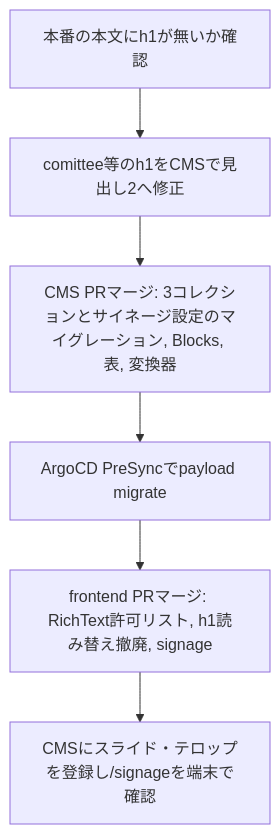
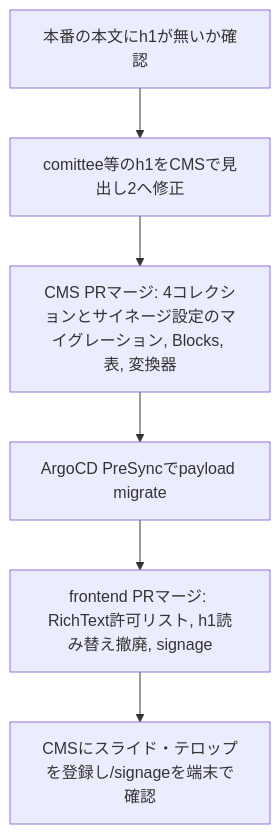
One commit to aramakisai/aramakisai-web changed the sixth of 6 diagrams in .kiro/specs/digital-signage/design.md. Above: the diagram before and after it, drawn with Mermaid. The commit also changed other lines of this file and 2 other files, not shown here.

````diff
--- a/.kiro/specs/digital-signage/design.md
+++ b/.kiro/specs/digital-signage/design.md
@@ -969,8 +1050,8 @@
 ```mermaid
 flowchart TD
   A[本番の本文にh1が無いか確認] --> B[comittee等のh1をCMSで見出し2へ修正]
-  B --> C[CMS PRマージ: 3コレクションとサイネージ設定のマイグレーション, Blocks, 表, 変換器]
+  B --> C[CMS PRマージ: 4コレクションとサイネージ設定のマイグレーション, Blocks, 表, 変換器]
   C --> D[ArgoCD PreSyncでpayload migrate]
   D --> E[frontend PRマージ: RichText許可リスト, h1読み替え撤廃, signage]
   E --> F[CMSにスライド・テロップを登録し/signageを端末で確認]
 ```
````
